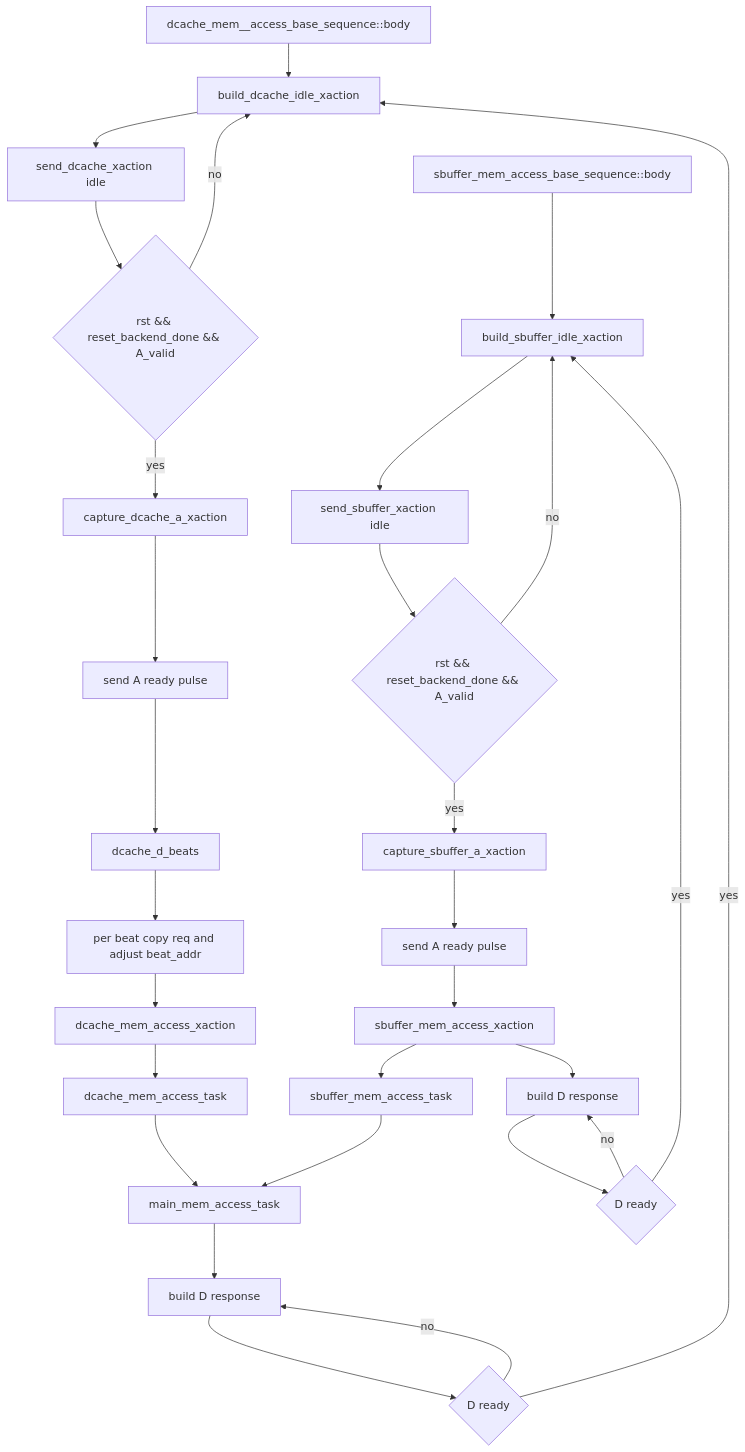
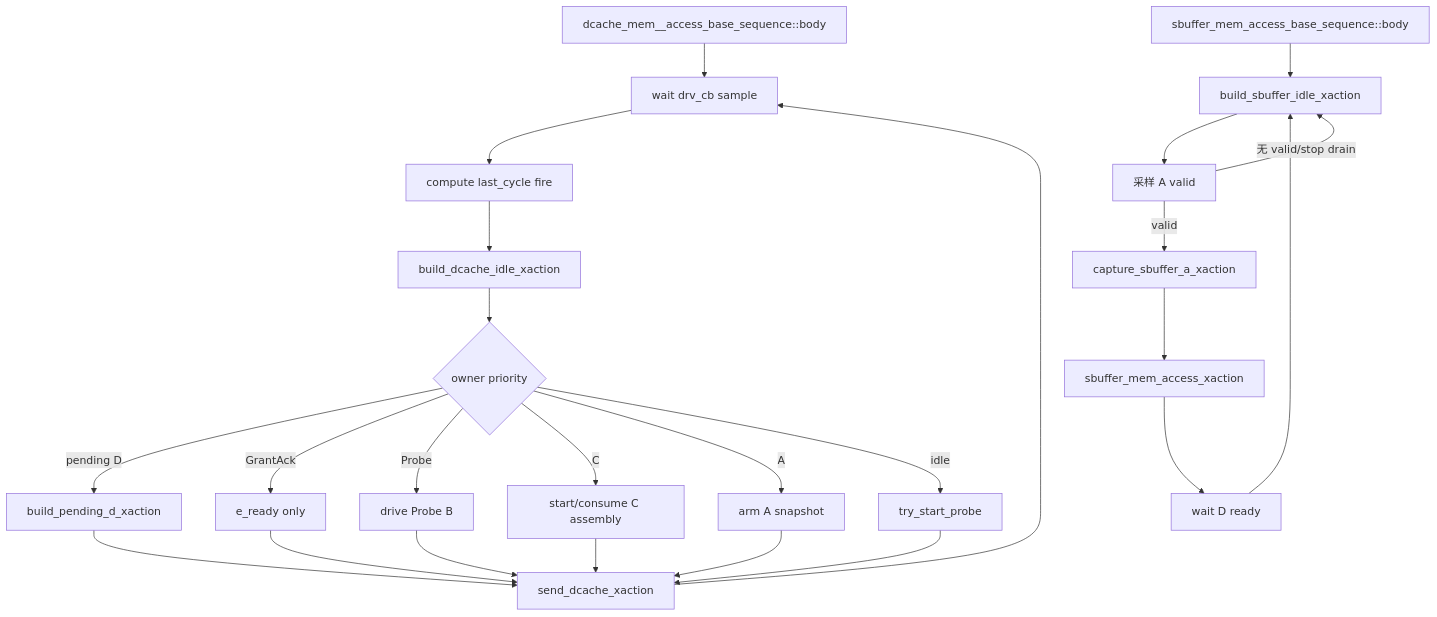
The diagram in AI_DOC/mem_ut_flow_doc/dcache_sbuffer_memory_responder_flow.md (OpenXiangShan/XiangShan), drawn with Mermaid before and after one commit. The commit also changed other lines of this file and 24 other files, not shown here.

Commit message:
mem_ut: complete V2 L2Cache response hint probe adaptation

````diff
--- a/AI_DOC/mem_ut_flow_doc/dcache_sbuffer_memory_responder_flow.md
+++ b/AI_DOC/mem_ut_flow_doc/dcache_sbuffer_memory_responder_flow.md
@@ -7,32 +27,28 @@
 ```mermaid
 flowchart TD
-    A[dcache_mem__access_base_sequence::body] --> B[build_dcache_idle_xaction]
-    B --> C[send_dcache_xaction idle]
-    C --> D{rst && reset_backend_done && A_valid}
-    D -->|no| B
-    D -->|yes| E[capture_dcache_a_xaction]
-    E --> F[send A ready pulse]
-    F --> G[dcache_d_beats]
-    G --> H[per beat copy req and adjust beat_addr]
-    H --> I[dcache_mem_access_xaction]
-    I --> J[dcache_mem_access_task]
-    J --> K[main_mem_access_task]
-    K --> L[build D response]
-    L --> M{D ready}
-    M -->|no| L
-    M -->|yes| B
+    A[dcache_mem__access_base_sequence::body] --> B[wait drv_cb sample]
+    B --> C[compute last_cycle fire]
+    C --> D[build_dcache_idle_xaction]
+    D --> E{owner priority}
+    E -->|pending D| F[build_pending_d_xaction]
+    E -->|GrantAck| G[e_ready only]
+    E -->|Probe| H[drive Probe B]
+    E -->|C| I[start/consume C assembly]
+    E -->|A| J[arm A snapshot]
+    E -->|idle| K[try_start_probe]
+    F --> L[send_dcache_xaction]
+    G --> L
+    H --> L
+    I --> L
+    J --> L
+    K --> L
+    L --> B
 
-    N[sbuffer_mem_access_base_sequence::body] --> O[build_sbuffer_idle_xaction]
-    O --> P[send_sbuffer_xaction idle]
-    P --> Q{rst && reset_backend_done && A_valid}
-    Q -->|no| O
-    Q -->|yes| R[capture_sbuffer_a_xaction]
-    R --> S[send A ready pulse]
-    S --> T[sbuffer_mem_access_xaction]
-    T --> U[sbuffer_mem_access_task]
-    U --> K
-    T --> V[build D response]
-    V --> W{D ready}
-    W -->|no| V
-    W -->|yes| O
+    M[sbuffer_mem_access_base_sequence::body] --> N[build_sbuffer_idle_xaction]
+    N --> O[采样 A valid]
+    O -->|valid| P[capture_sbuffer_a_xaction]
+    P --> Q[sbuffer_mem_access_xaction]
+    Q --> R[wait D ready]
+    R --> N
+    O -->|无 valid/stop drain| N
 ```
````
